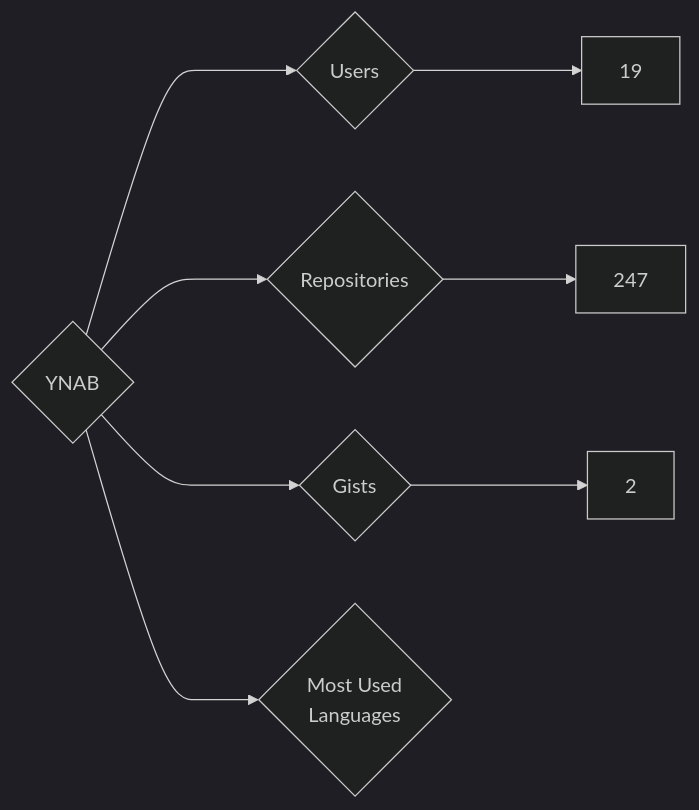
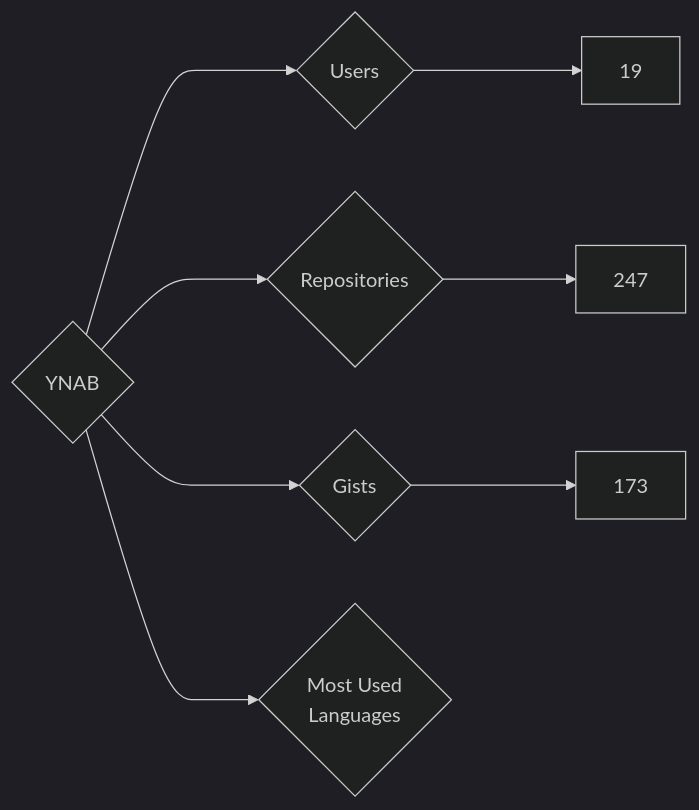
Before and after one commit to nenadzaric/insiders: the diagram in targets/YNAB/README.md, drawn with Mermaid (dark theme). The commit also changed 1342 other files, not shown here.

````diff
--- a/targets/YNAB/README.md
+++ b/targets/YNAB/README.md
@@ -3,8 +3,8 @@
 ```mermaid
 graph LR
 COMPANY_NAME{YNAB}
 COMPANY_NAME ---> U{Users} ---> UN[19]
 COMPANY_NAME ---> R{Repositories} ---> RN[247]
-COMPANY_NAME ---> G{Gists} ---> GN[2]
+COMPANY_NAME ---> G{Gists} ---> GN[173]
 COMPANY_NAME ---> ML{Most Used<br>Languages}
 ```
````
